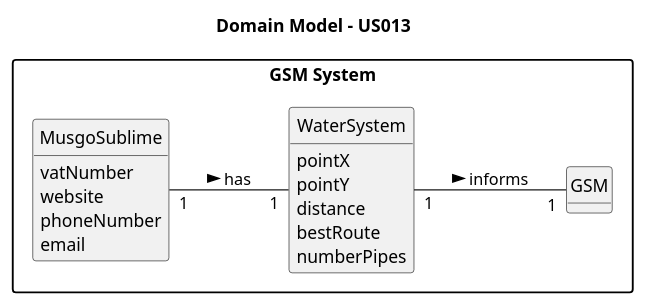
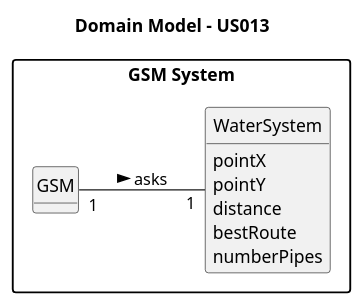
Before and after one commit to SAEmanuel/Green_Spaces_Management_ISEP: the diagram in docs/sprintB/us013/02.analysis/puml/us013-domain-model.puml, drawn with PlantUML. The commit also changed 4 other files, not shown here.

```diff
--- a/docs/sprintB/us013/02.analysis/puml/us013-domain-model.puml
+++ b/docs/sprintB/us013/02.analysis/puml/us013-domain-model.puml
@@ -1,44 +1,34 @@
 @startuml
 skinparam monochrome true
 skinparam packageStyle rectangle
 skinparam shadowing false
 
 left to right direction
 
 skinparam classAttributeIconSize 0
 
 hide circle
 hide methods
 package "GSM System" {
 
 title Domain Model - US013
 
 class GSM {
 }
 
 class WaterSystem {
          pointX
          pointY
          distance
          bestRoute
          numberPipes
 }
 
-class MusgoSublime {
-vatNumber
-website
-phoneNumber
-email
-}
 
 
 
-MusgoSublime "1" -- "1" WaterSystem: has >
-WaterSystem "1"-- "1" GSM: informs >
-
-
-
+GSM "1" -- "1" WaterSystem : asks >
 
 
 
 @enduml
```
